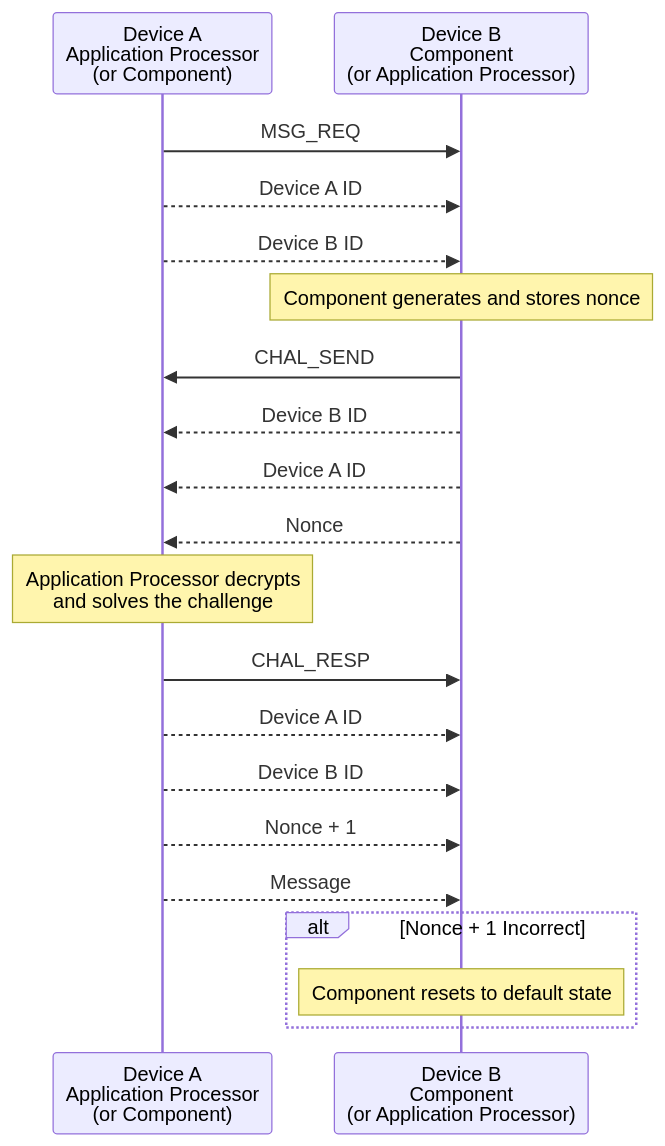
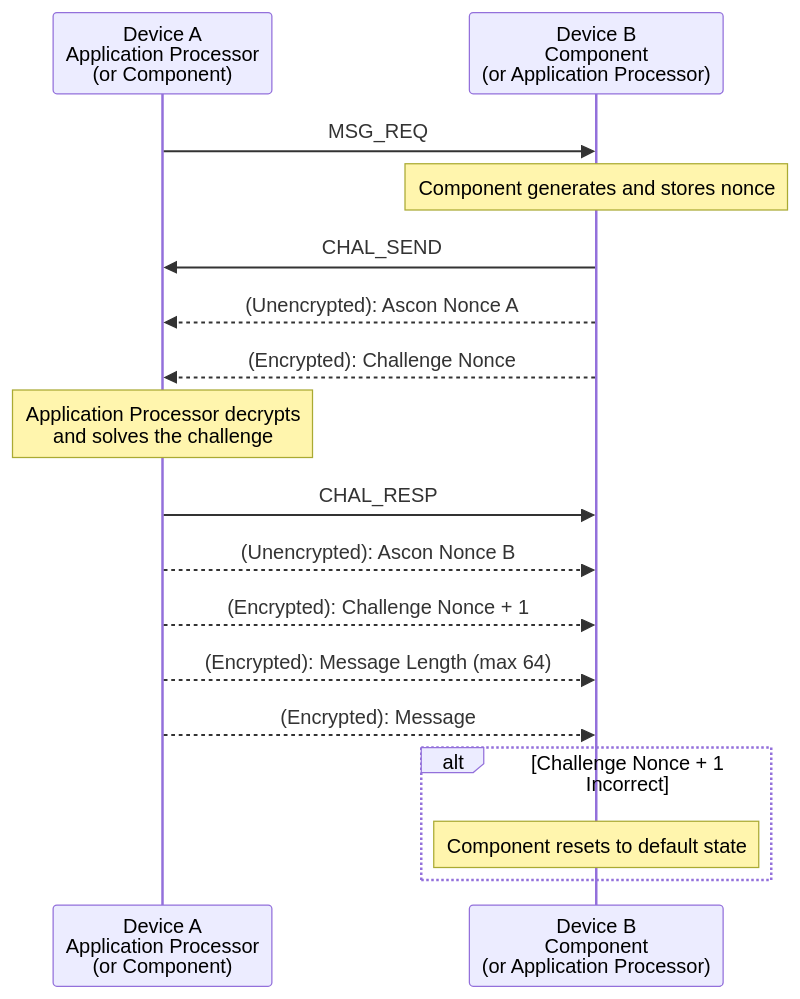
One commit to sigpwny/2024-ectf-uiuc changed the diagram in docs/hide_protocol.md. Above: the diagram before and after it, drawn with Mermaid.

````diff
--- a/docs/hide_protocol.md
+++ b/docs/hide_protocol.md
@@ -8,28 +8,25 @@
 ```mermaid
 sequenceDiagram
 participant AP as Device A<br />Application Processor<br />(or Component)
 participant C as Device B<br />Component<br />(or Application Processor)
 
 AP ->> C: MSG_REQ
-AP -->> C: Device A ID
-AP -->> C: Device B ID
 
 Note over C: Component generates and stores nonce
 
 C ->> AP: CHAL_SEND
-C -->> AP: Device B ID
-C -->> AP: Device A ID
-C -->> AP: Nonce
+C -->> AP: (Unencrypted): Ascon Nonce A
+C -->> AP: (Encrypted): Challenge Nonce
 
 Note over AP: Application Processor decrypts <br/>and solves the challenge
 
 AP ->> C: CHAL_RESP
-AP -->> C: Device A ID
-AP -->> C: Device B ID
-AP -->> C: Nonce + 1
-AP -->> C: Message
+AP -->> C: (Unencrypted): Ascon Nonce B
+AP -->> C: (Encrypted): Challenge Nonce + 1
+AP -->> C: (Encrypted): Message Length (max 64)
+AP -->> C: (Encrypted): Message
 
-alt Nonce + 1 Incorrect
+alt Challenge Nonce + 1 Incorrect
 	Note over C: Component resets to default state
 end
 ```
````
